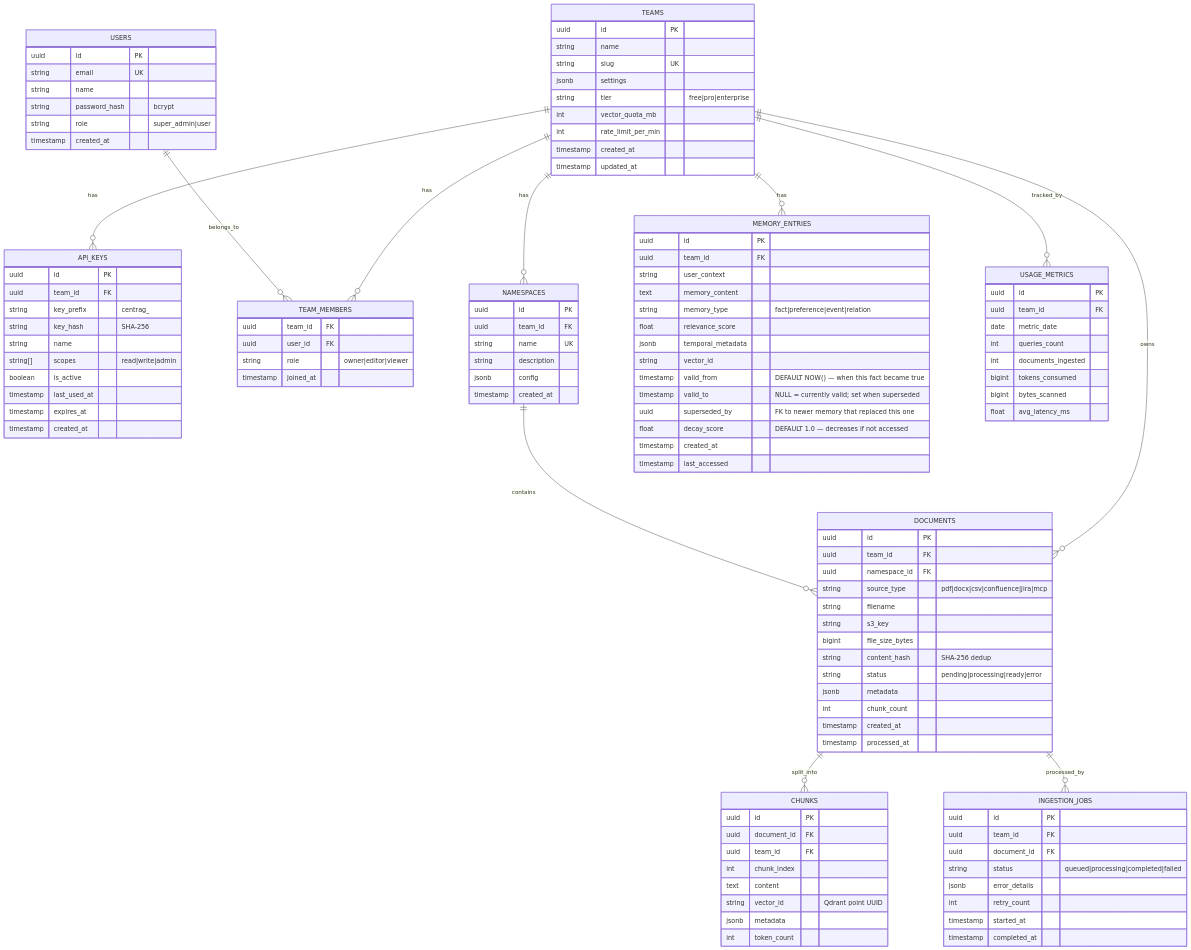
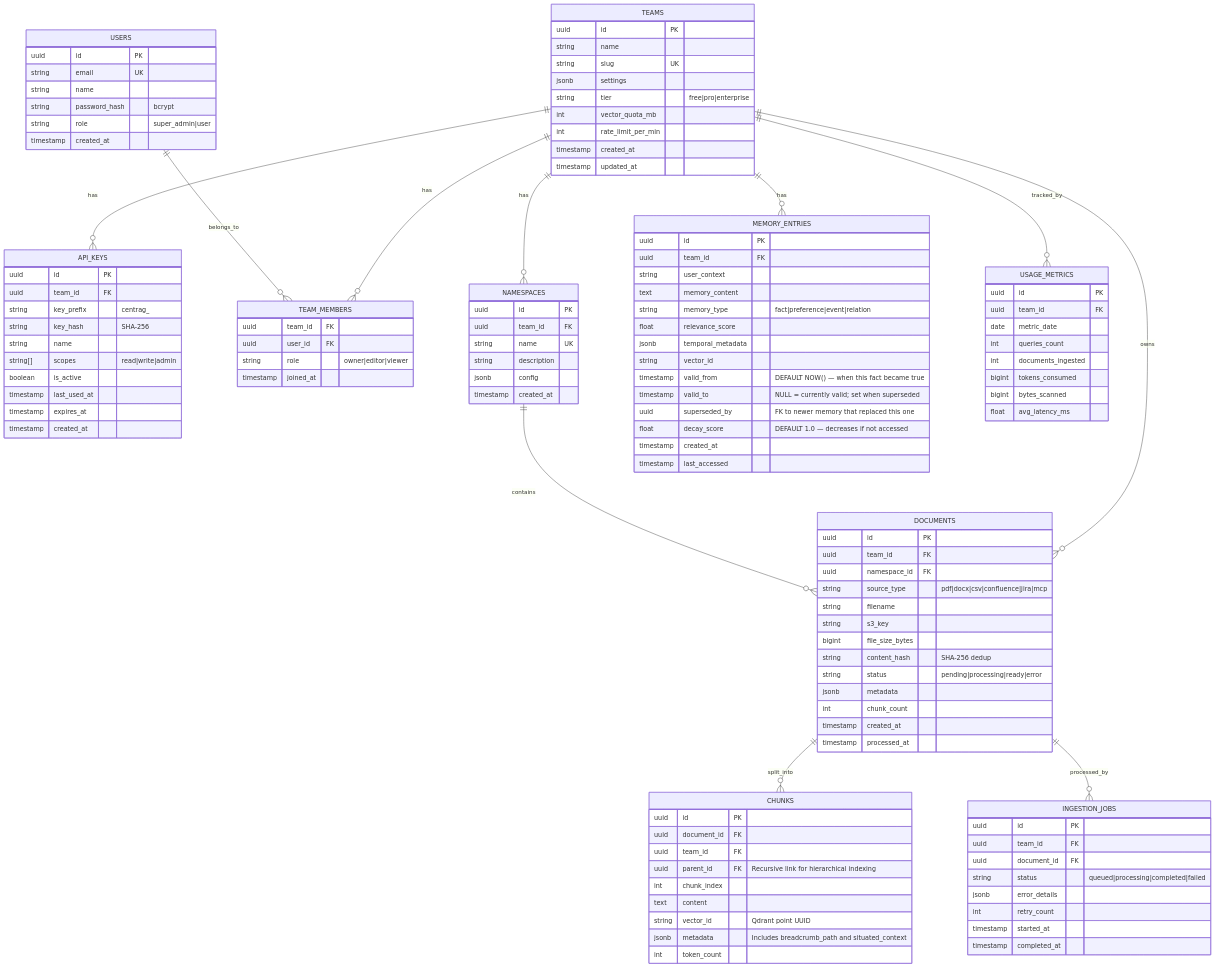
The diagram in docs/ARCHITECTURE_LLD.md (Harshodai/scratch), drawn with Mermaid before and after one commit. The commit also changed other lines of this file and 154 other files, not shown here.

```diff
--- a/docs/ARCHITECTURE_LLD.md
+++ b/docs/ARCHITECTURE_LLD.md
@@ -95,10 +95,11 @@
         uuid id PK
         uuid document_id FK
         uuid team_id FK
+        uuid parent_id FK "Recursive link for hierarchical indexing"
         int chunk_index
         text content
         string vector_id "Qdrant point UUID"
-        jsonb metadata
+        jsonb metadata "Includes breadcrumb_path and situated_context"
         int token_count
     }
 
```
